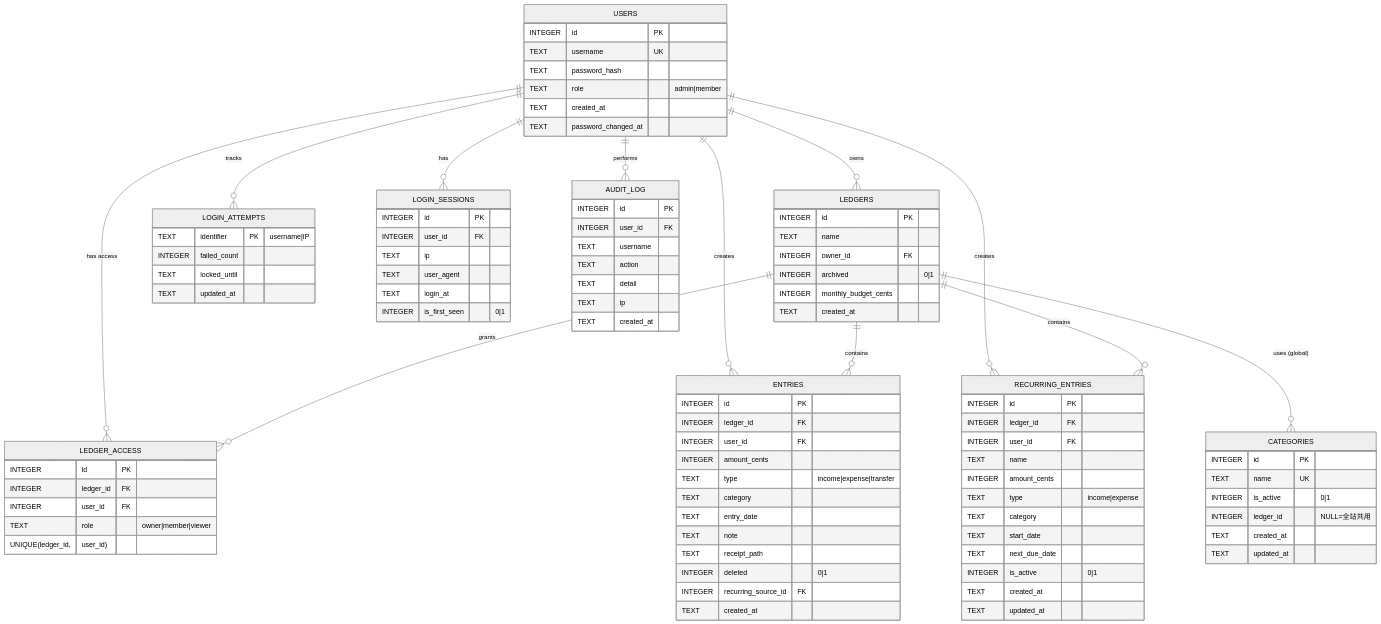
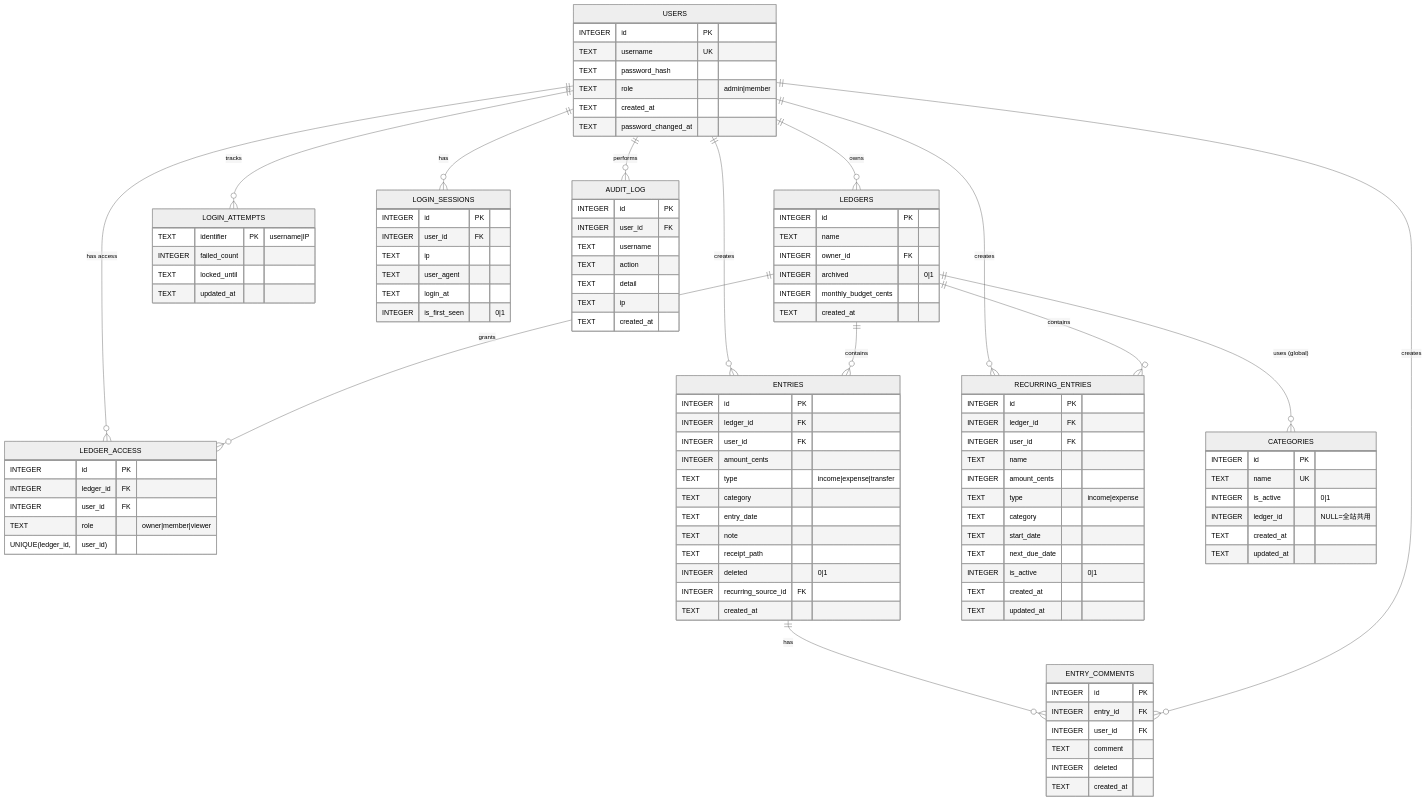
One commit to cornercookie/CookiesAccounting changed the diagram in Agents/database-schema.md. Above: the diagram before and after it, drawn with Mermaid (neutral theme). The commit also changed other lines of this file and 9 other files, not shown here.

First line of the commit message:
[#21] 家庭訊息留言板：新增 entry_comments 表、entry_comment.php 端點、ledger.php 留言展開區塊、前端互動與樣式

````diff
--- a/Agents/database-schema.md
+++ b/Agents/database-schema.md
@@ -19,6 +19,8 @@
     LEDGERS ||--o{ ENTRIES : "contains"
     LEDGERS ||--o{ RECURRING_ENTRIES : "contains"
     LEDGERS ||--o{ CATEGORIES : "uses (global)"
+    ENTRIES ||--o{ ENTRY_COMMENTS : "has"
+    USERS ||--o{ ENTRY_COMMENTS : "creates"
 
     USERS {
         INTEGER id PK
@@ -102,4 +104,12 @@
         TEXT ip
         TEXT created_at
     }
+    ENTRY_COMMENTS {
+        INTEGER id PK
+        INTEGER entry_id FK
+        INTEGER user_id FK
+        TEXT comment
+        INTEGER deleted
+        TEXT created_at
+    }
 ```
````
